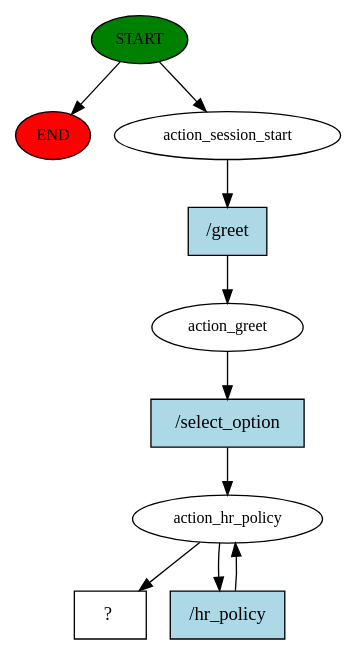
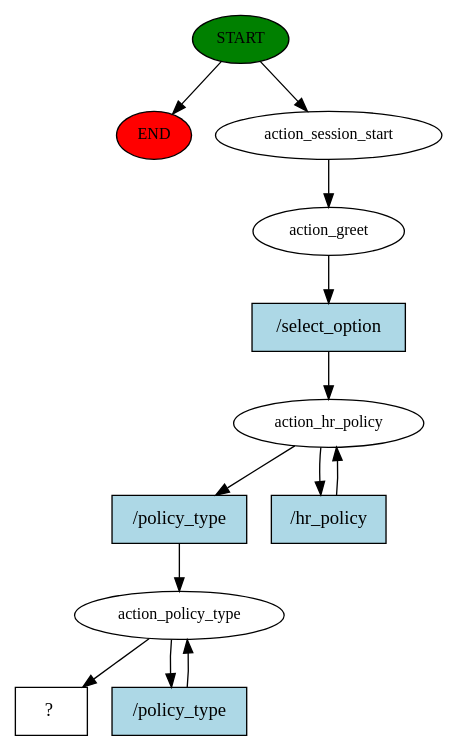
The diagram in story_graph.dot (sunil-thapa99/amelio_chatbot), drawn with Graphviz before and after one commit. The commit also changed 8 other files, not shown here.

```diff
--- a/story_graph.dot
+++ b/story_graph.dot
@@ -1,20 +1,25 @@
 digraph  {
 0 [class="start active", fillcolor=green, fontsize=12, label=START, style=filled];
 "-1" [class=end, fillcolor=red, fontsize=12, label=END, style=filled];
 1 [class=active, fontsize=12, label=action_session_start];
 2 [class=active, fontsize=12, label=action_greet];
 3 [class=active, fontsize=12, label=action_hr_policy];
-5 [class="intent dashed active", label="  ?  ", shape=rect];
-6 [class="intent active", fillcolor=lightblue, label="/greet", shape=rect, style=filled];
-7 [class="intent active", fillcolor=lightblue, label="/select_option", shape=rect, style=filled];
-8 [class="intent active", fillcolor=lightblue, label="/hr_policy", shape=rect, style=filled];
+5 [class=active, fontsize=12, label=action_policy_type];
+7 [class="intent dashed active", label="  ?  ", shape=rect];
+8 [class="intent active", fillcolor=lightblue, label="/select_option", shape=rect, style=filled];
+9 [class="intent active", fillcolor=lightblue, label="/policy_type", shape=rect, style=filled];
+10 [class="intent active", fillcolor=lightblue, label="/hr_policy", shape=rect, style=filled];
+11 [class="intent active", fillcolor=lightblue, label="/policy_type", shape=rect, style=filled];
 0 -> "-1"  [class="", key=NONE, label=""];
 0 -> 1  [class=active, key=NONE, label=""];
-1 -> 6  [class=active, key=0];
-2 -> 7  [class=active, key=0];
-3 -> 5  [class=active, key=NONE, label=""];
-3 -> 8  [class=active, key=0];
-6 -> 2  [class=active, key=0];
-7 -> 3  [class=active, key=0];
+1 -> 2  [class=active, key=NONE, label=""];
+2 -> 8  [class=active, key=0];
+3 -> 9  [class=active, key=0];
+3 -> 10  [class=active, key=0];
+5 -> 7  [class=active, key=NONE, label=""];
+5 -> 11  [class=active, key=0];
 8 -> 3  [class=active, key=0];
+9 -> 5  [class=active, key=0];
+10 -> 3  [class=active, key=0];
+11 -> 5  [class=active, key=0];
 }
```
